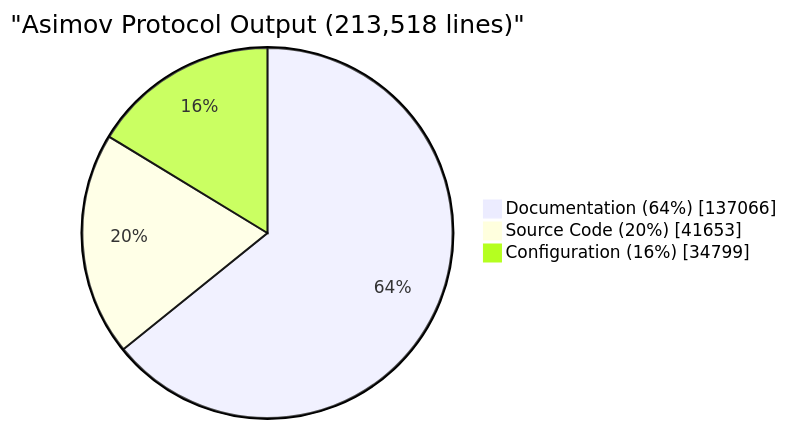
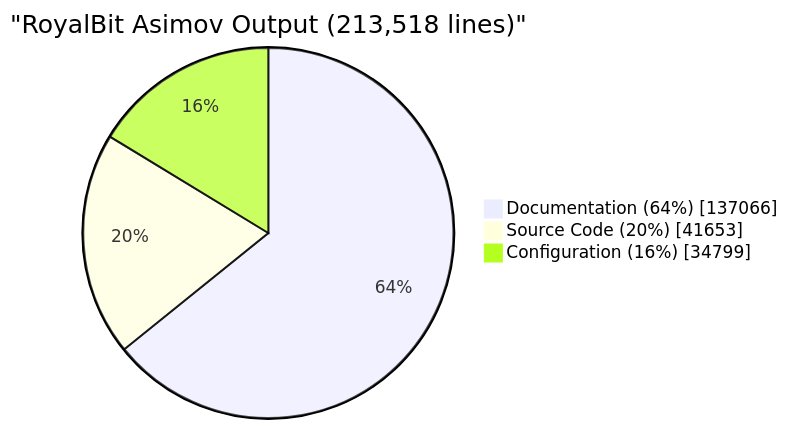
Before and after one commit to royalbit/asimov-protocol: the second of 8 diagrams in docs/CASE_STUDY_VELOCITY.md, drawn with Mermaid. The commit also changed other lines of this file and 63 other files, not shown here.

First line of the commit message:
chore: Rebrand 'Asimov Protocol' → 'RoyalBit Asimov'

````diff
--- a/docs/CASE_STUDY_VELOCITY.md
+++ b/docs/CASE_STUDY_VELOCITY.md
@@ -29,7 +29,7 @@
 ```mermaid
 pie showData
-    title "Asimov Protocol Output (213,518 lines)"
+    title "RoyalBit Asimov Output (213,518 lines)"
     "Documentation (64%)" : 137066
     "Source Code (20%)" : 41653
     "Configuration (16%)" : 34799
 ```
````
